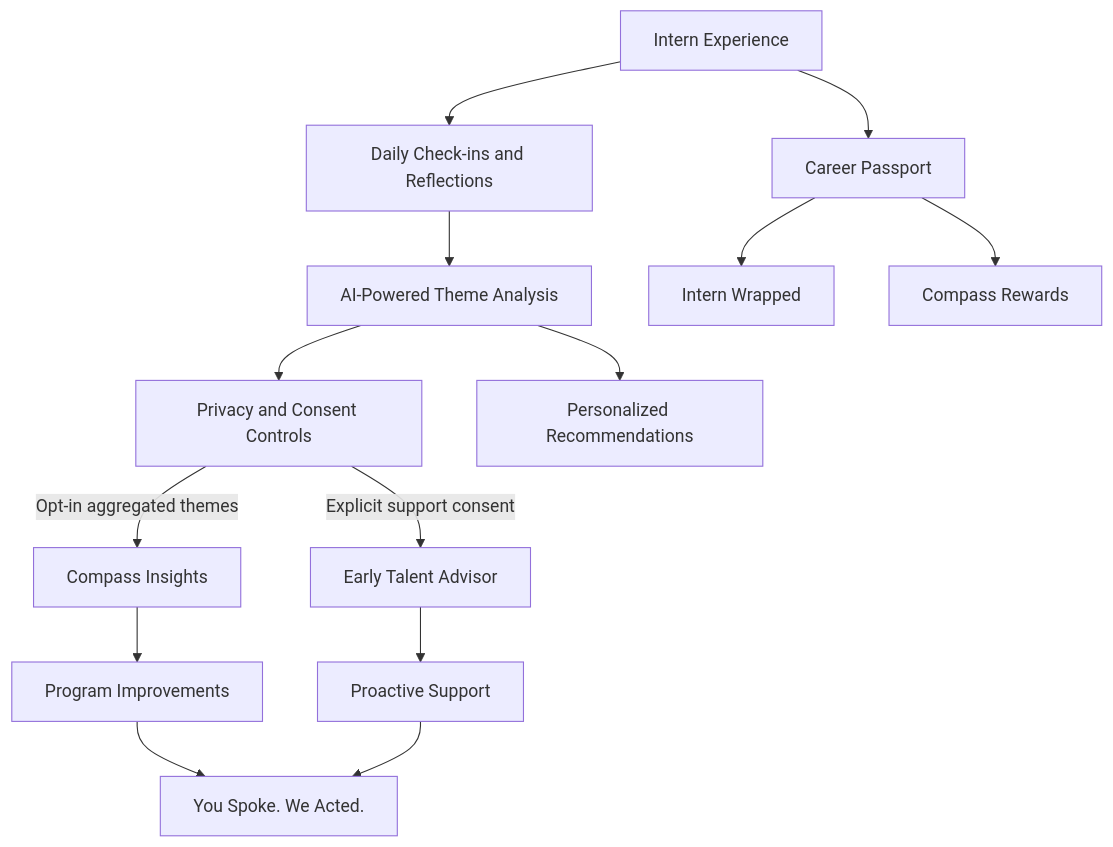
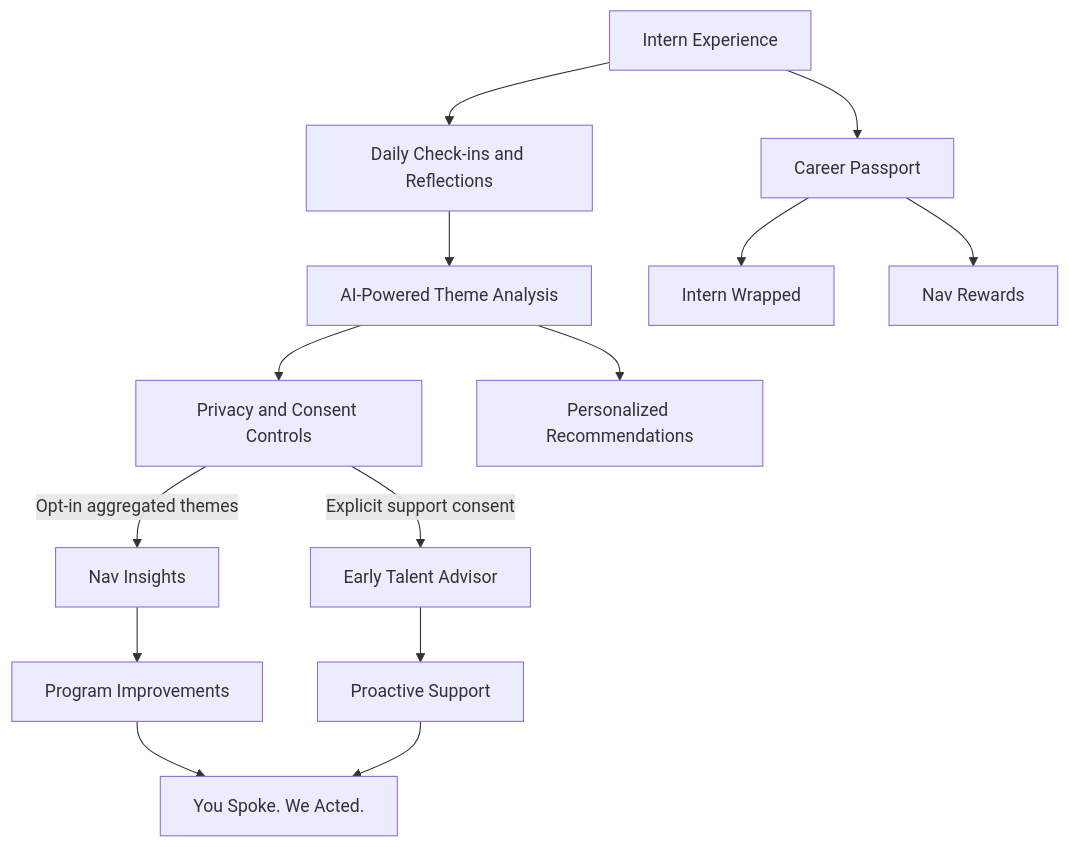
One commit to sarahhalime/RBC-Compass changed the diagram in README.md. Above: the diagram before and after it, drawn with Mermaid. The commit also changed other lines of this file and 25 other files, not shown here.

First line of the commit message:
Rename product from RBC Compass to RBC Nav

````diff
--- a/README.md
+++ b/README.md
@@ -172,16 +172,16 @@
 ```mermaid
 flowchart TD
     A[Intern Experience] --> B[Daily Check-ins and Reflections]
     B --> C[AI-Powered Theme Analysis]
     C --> D[Privacy and Consent Controls]
     C --> E[Personalized Recommendations]
-    D -->|Opt-in aggregated themes| F[Compass Insights]
+    D -->|Opt-in aggregated themes| F[Nav Insights]
     D -->|Explicit support consent| G[Early Talent Advisor]
     F --> H[Program Improvements]
     G --> I[Proactive Support]
     H --> J[You Spoke. We Acted.]
     I --> J
     A --> K[Career Passport]
     K --> L[Intern Wrapped]
-    K --> M[Compass Rewards]
+    K --> M[Nav Rewards]
 ```
````
